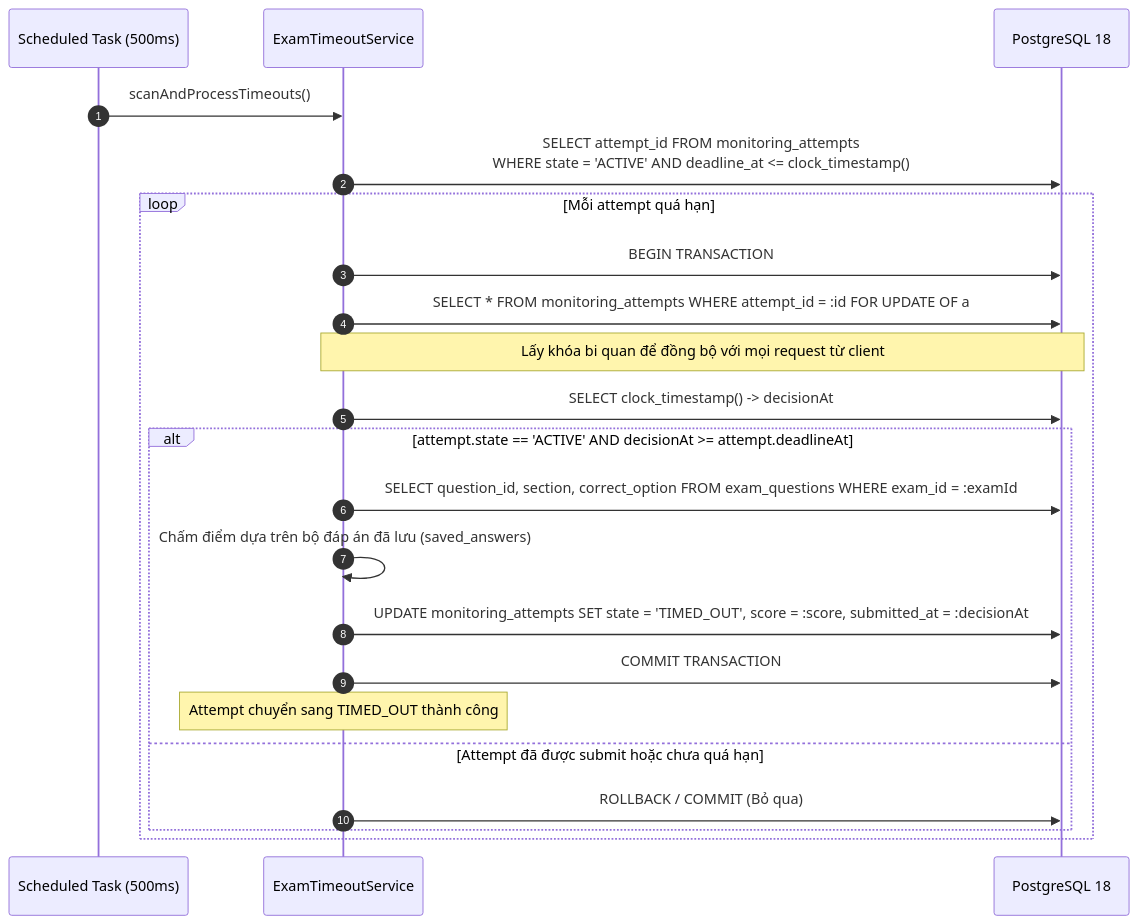
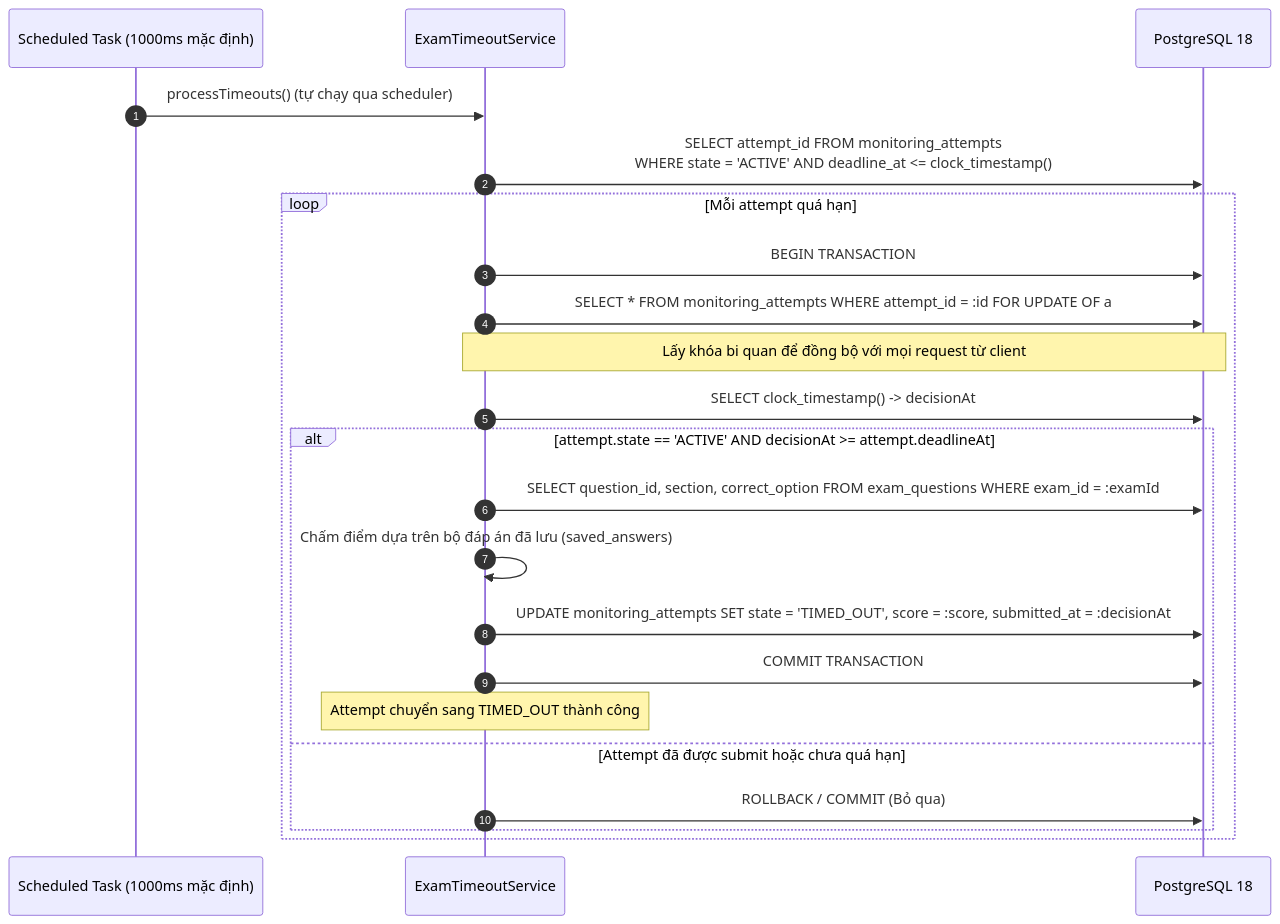
One commit to AnhTaizz/Toeic-Monitoring-Realtime changed the third of 4 diagrams in docs/GIAO_DICH_VA_QUYEN.md. Above: the diagram before and after it, drawn with Mermaid. The commit also changed other lines of this file and 14 other files, not shown here.

````diff
--- a/docs/GIAO_DICH_VA_QUYEN.md
+++ b/docs/GIAO_DICH_VA_QUYEN.md
@@ -156,25 +156,25 @@
 ```mermaid
 sequenceDiagram
     autonumber
-    participant Sch as Scheduled Task (500ms)
+    participant Sch as Scheduled Task (1000ms mặc định)
     participant Svc as ExamTimeoutService
     participant DB as PostgreSQL 18
 
-    Sch->>Svc: scanAndProcessTimeouts()
+    Sch->>Svc: processTimeouts() (tự chạy qua scheduler)
     Svc->>DB: SELECT attempt_id FROM monitoring_attempts<br/>WHERE state = 'ACTIVE' AND deadline_at <= clock_timestamp()
     loop Mỗi attempt quá hạn
         Svc->>DB: BEGIN TRANSACTION
         Svc->>DB: SELECT * FROM monitoring_attempts WHERE attempt_id = :id FOR UPDATE OF a
         Note over Svc,DB: Lấy khóa bi quan để đồng bộ với mọi request từ client
         Svc->>DB: SELECT clock_timestamp() -> decisionAt
         alt attempt.state == 'ACTIVE' AND decisionAt >= attempt.deadlineAt
             Svc->>DB: SELECT question_id, section, correct_option FROM exam_questions WHERE exam_id = :examId
             Svc->>Svc: Chấm điểm dựa trên bộ đáp án đã lưu (saved_answers)
             Svc->>DB: UPDATE monitoring_attempts SET state = 'TIMED_OUT', score = :score, submitted_at = :decisionAt
             Svc->>DB: COMMIT TRANSACTION
             Note over Svc: Attempt chuyển sang TIMED_OUT thành công
         else Attempt đã được submit hoặc chưa quá hạn
             Svc->>DB: ROLLBACK / COMMIT (Bỏ qua)
         end
     end
 ```
````
